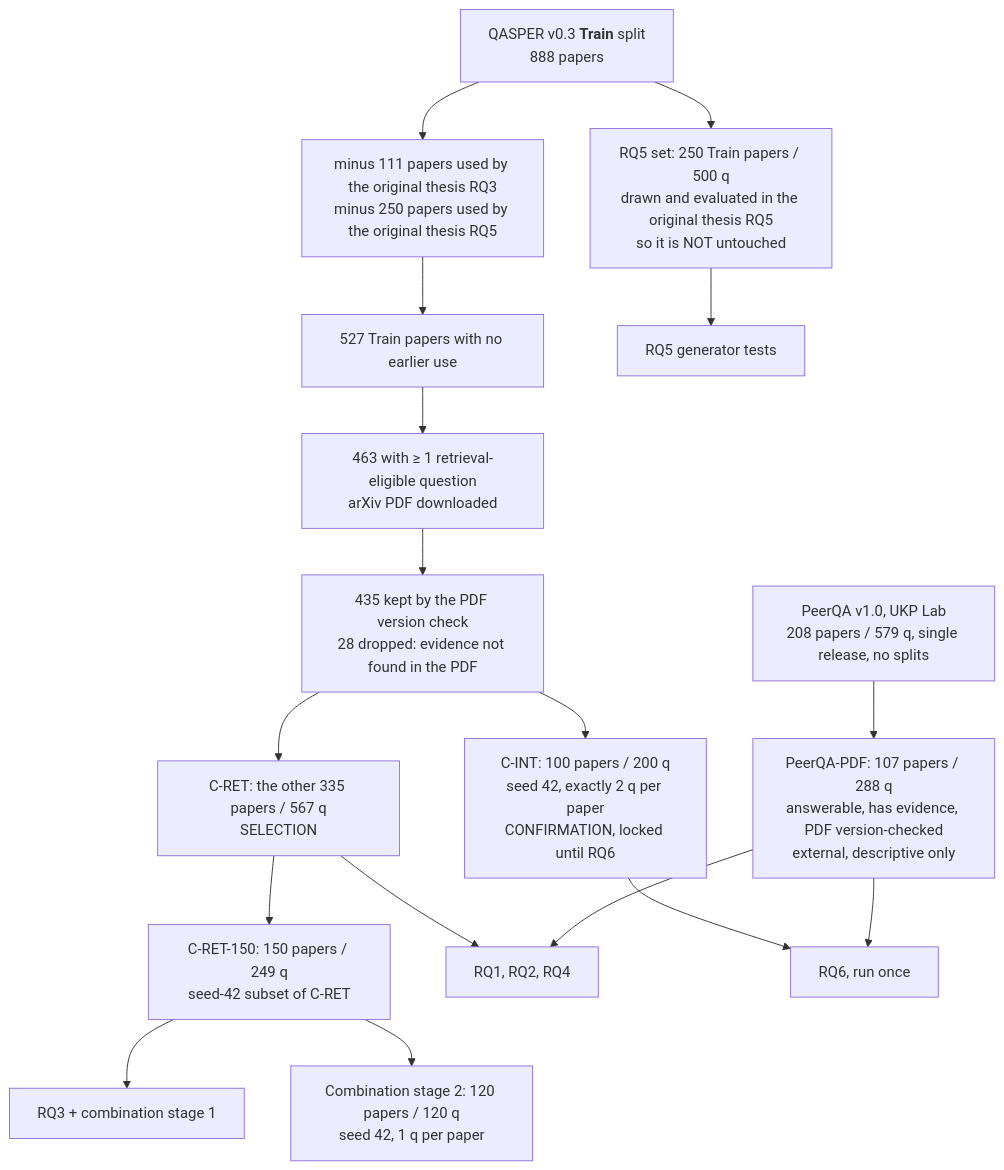
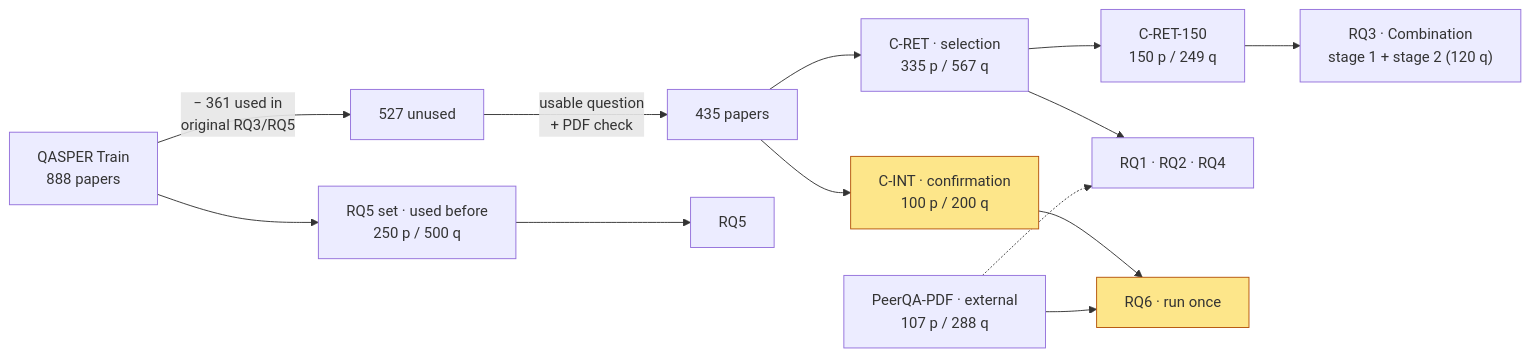
One commit to Scrowbin/science-document-viewer changed the second of 3 diagrams in reports/revalidation/progress_report_presentation.md. Above: the diagram before and after it, drawn with Mermaid.

Commit message:
docs: compact horizontal data-flow chart for the presentation

````diff
--- a/reports/revalidation/progress_report_presentation.md
+++ b/reports/revalidation/progress_report_presentation.md
@@ -90,19 +90,18 @@
 ```mermaid
-flowchart TB
-    T[QASPER v0.3 <b>Train</b> split<br/>888 papers] --> X1[minus 111 papers used by the original thesis RQ3<br/>minus 250 papers used by the original thesis RQ5]
-    T --> M
-    X1 --> U[527 Train papers with no earlier use]
-    U --> E[463 with ≥ 1 retrieval-eligible question<br/>arXiv PDF downloaded]
-    E --> K[435 kept by the PDF version check<br/>28 dropped: evidence not found in the PDF]
-    K --> CINT[C-INT: 100 papers / 200 q<br/>seed 42, exactly 2 q per paper<br/>CONFIRMATION, locked until RQ6]
-    K --> CRET[C-RET: the other 335 papers / 567 q<br/>SELECTION]
-    CRET --> C150[C-RET-150: 150 papers / 249 q<br/>seed-42 subset of C-RET]
-    CRET --> RQ14[RQ1, RQ2, RQ4]
-    C150 --> RQ3[RQ3 + combination stage 1]
-    C150 --> S2[Combination stage 2: 120 papers / 120 q<br/>seed 42, 1 q per paper]
-    M[RQ5 set: 250 Train papers / 500 q<br/>drawn and evaluated in the original thesis RQ5<br/>so it is NOT untouched] --> RQ5[RQ5 generator tests]
-    CINT --> RQ6[RQ6, run once]
-    P0[PeerQA v1.0, UKP Lab<br/>208 papers / 579 q, single release, no splits] --> P[PeerQA-PDF: 107 papers / 288 q<br/>answerable, has evidence, PDF version-checked<br/>external, descriptive only]
-    P --> RQ6
-    P --> RQ14
+flowchart LR
+    T["QASPER Train<br/>888 papers"] -->|"− 361 used in<br/>original RQ3/RQ5"| U["527 unused"]
+    U -->|"usable question<br/>+ PDF check"| K["435 papers"]
+    K --> CRET["C-RET · selection<br/>335 p / 567 q"]
+    K --> CINT["C-INT · confirmation<br/>100 p / 200 q"]
+    CRET --> C150["C-RET-150<br/>150 p / 249 q"]
+    T --> M["RQ5 set · used before<br/>250 p / 500 q"]
+    P["PeerQA-PDF · external<br/>107 p / 288 q"]
+    CRET --> A["RQ1 · RQ2 · RQ4"]
+    C150 --> B["RQ3 · Combination<br/>stage 1 + stage 2 (120 q)"]
+    M --> C["RQ5"]
+    CINT --> D["RQ6 · run once"]
+    P --> D
+    P -.-> A
+    classDef conf fill:#fde68a,stroke:#b45309
+    class CINT,D conf
 ```
````
